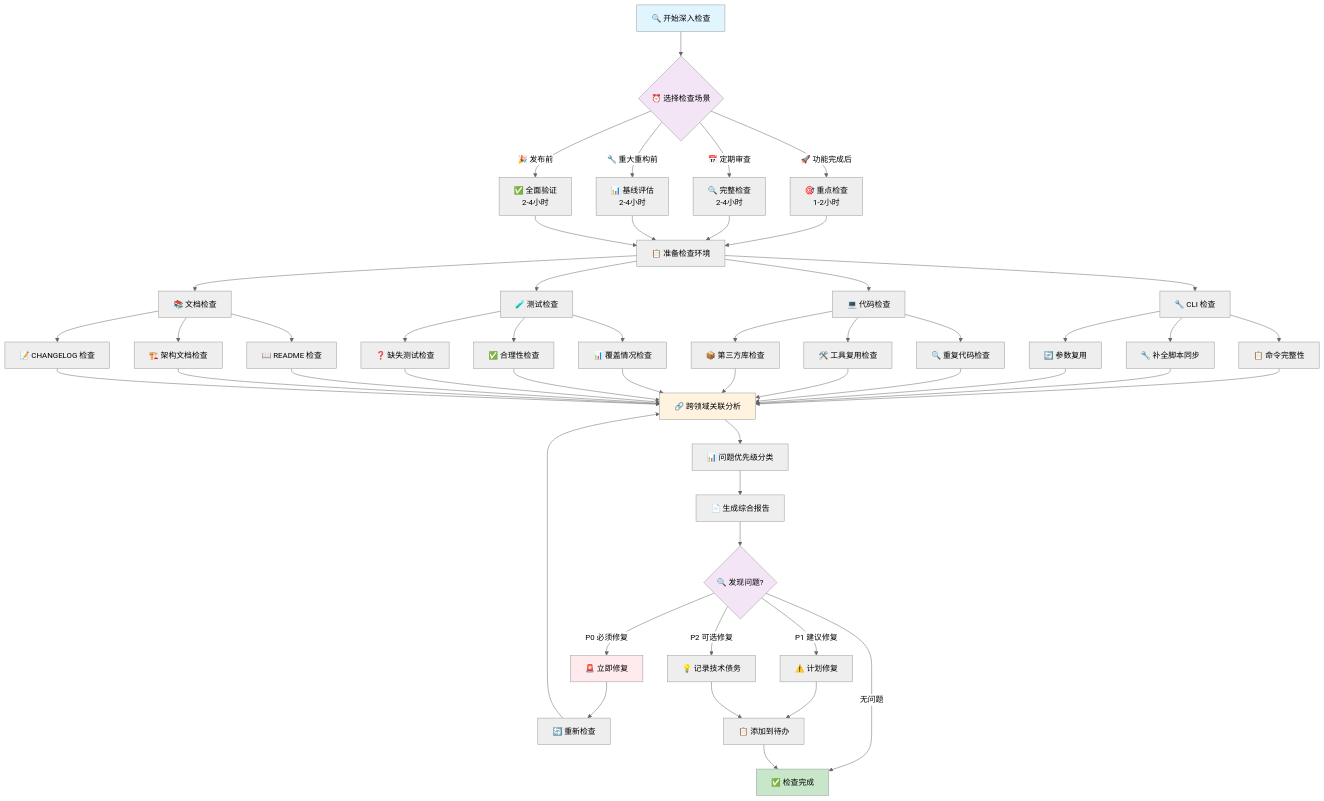
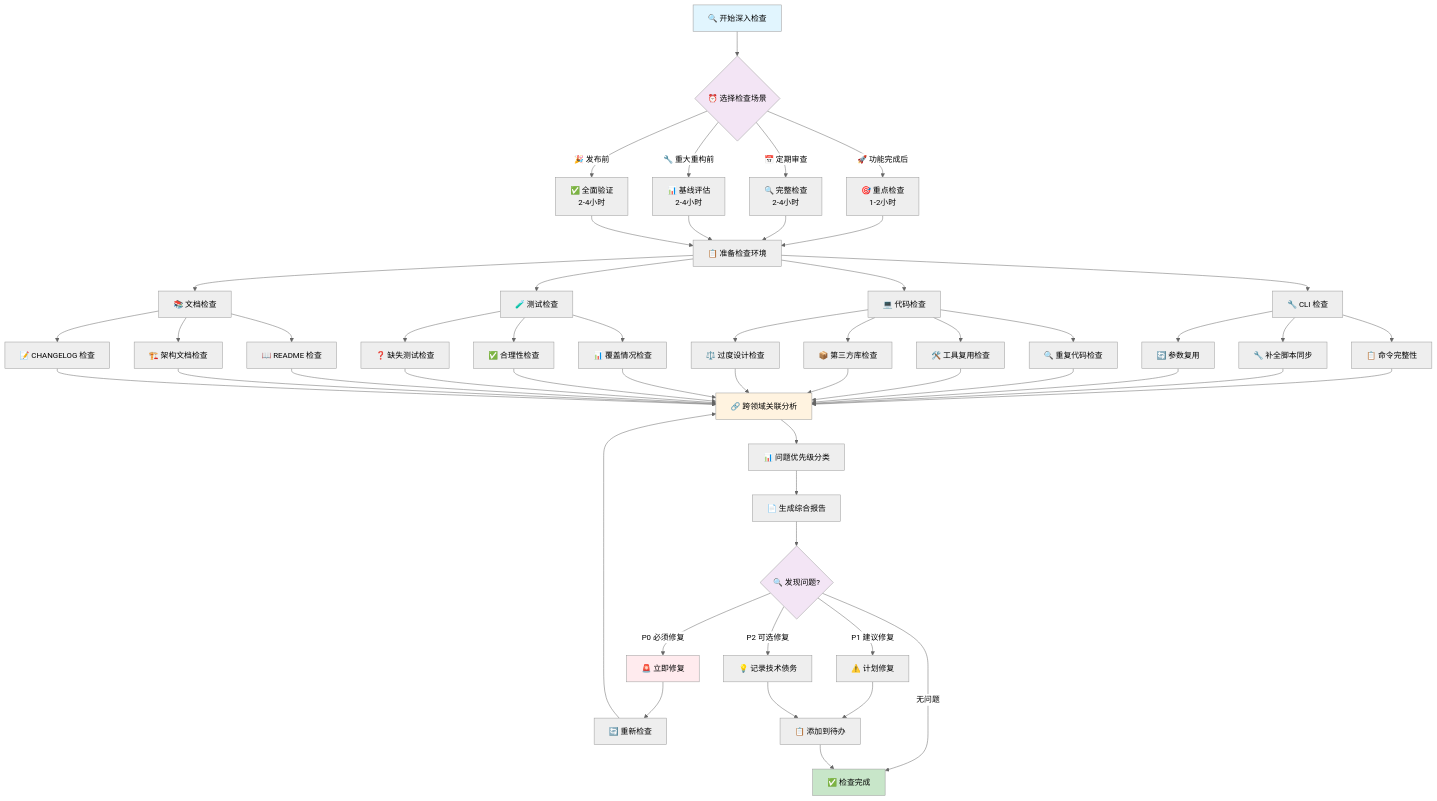
One commit to zevwings/workflow.rs changed the diagram in docs/guidelines/workflows/REVIEW_GUIDELINES.md. Above: the diagram before and after it, drawn with Mermaid (neutral theme). The commit also changed other lines of this file and 18 other files, not shown here.

````diff
--- a/docs/guidelines/workflows/REVIEW_GUIDELINES.md
+++ b/docs/guidelines/workflows/REVIEW_GUIDELINES.md
@@ -197,71 +201,73 @@
 ```mermaid
 graph TD
     A[🔍 开始深入检查] --> B{⏰ 选择检查场景}
 
     B -->|🚀 功能完成后| C1[🎯 重点检查<br/>1-2小时]
     B -->|📅 定期审查| C2[🔍 完整检查<br/>2-4小时]
     B -->|🔧 重大重构前| C3[📊 基线评估<br/>2-4小时]
     B -->|🎉 发布前| C4[✅ 全面验证<br/>2-4小时]
 
     C1 --> D[📋 准备检查环境]
     C2 --> D
     C3 --> D
     C4 --> D
 
     D --> E[🔧 CLI 检查]
     D --> F[💻 代码检查]
     D --> G[🧪 测试检查]
     D --> H[📚 文档检查]
 
     E --> E1[📋 命令完整性]
     E --> E2[🔧 补全脚本同步]
     E --> E3[🔄 参数复用]
 
     F --> F1[🔍 重复代码检查]
     F --> F2[🛠️ 工具复用检查]
     F --> F3[📦 第三方库检查]
+    F --> F4[⚖️ 过度设计检查]
 
     G --> G1[📊 覆盖情况检查]
     G --> G2[✅ 合理性检查]
     G --> G3[❓ 缺失测试检查]
 
     H --> H1[📖 README 检查]
     H --> H2[🏗️ 架构文档检查]
     H --> H3[📝 CHANGELOG 检查]
 
     E1 --> I[🔗 跨领域关联分析]
     E2 --> I
     E3 --> I
     F1 --> I
     F2 --> I
     F3 --> I
+    F4 --> I
     G1 --> I
     G2 --> I
     G3 --> I
     H1 --> I
     H2 --> I
     H3 --> I
 
     I --> J[📊 问题优先级分类]
     J --> K[📄 生成综合报告]
 
     K --> L{🔍 发现问题?}
     L -->|P0 必须修复| M[🚨 立即修复]
     L -->|P1 建议修复| N[⚠️ 计划修复]
     L -->|P2 可选修复| O[💡 记录技术债务]
     L -->|无问题| P[✅ 检查完成]
 
     M --> Q[🔄 重新检查]
     N --> R[📋 添加到待办]
     O --> R
 
     Q --> I
     R --> P
 
     style A fill:#e1f5fe
     style B fill:#f3e5f5
     style I fill:#fff3e0
     style L fill:#f3e5f5
     style P fill:#c8e6c9
     style M fill:#ffebee
 ```
````
